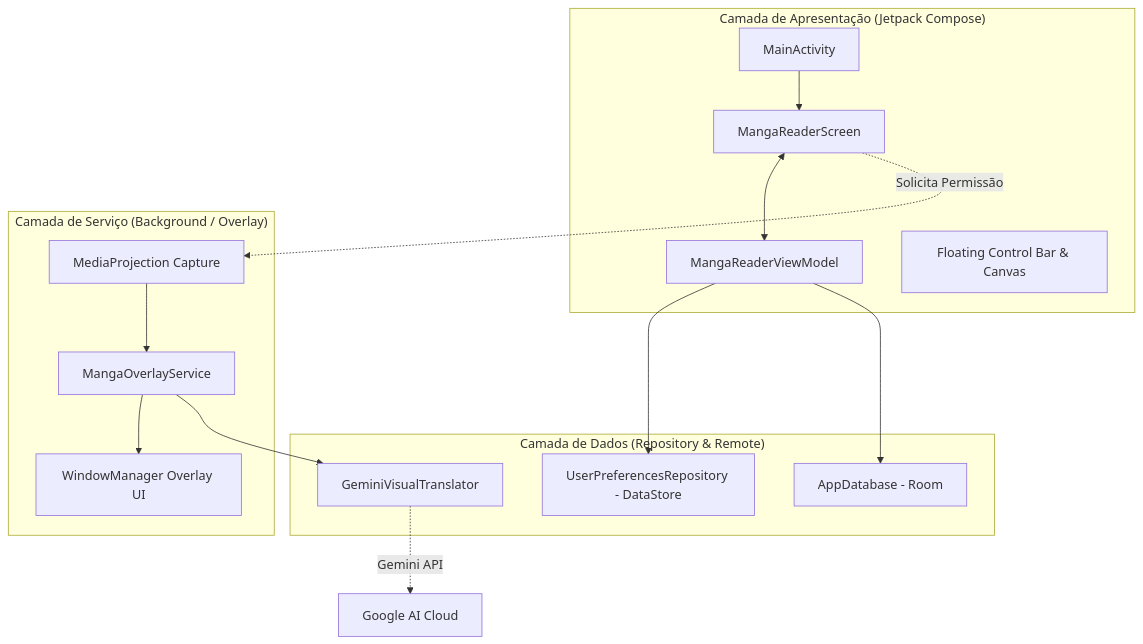
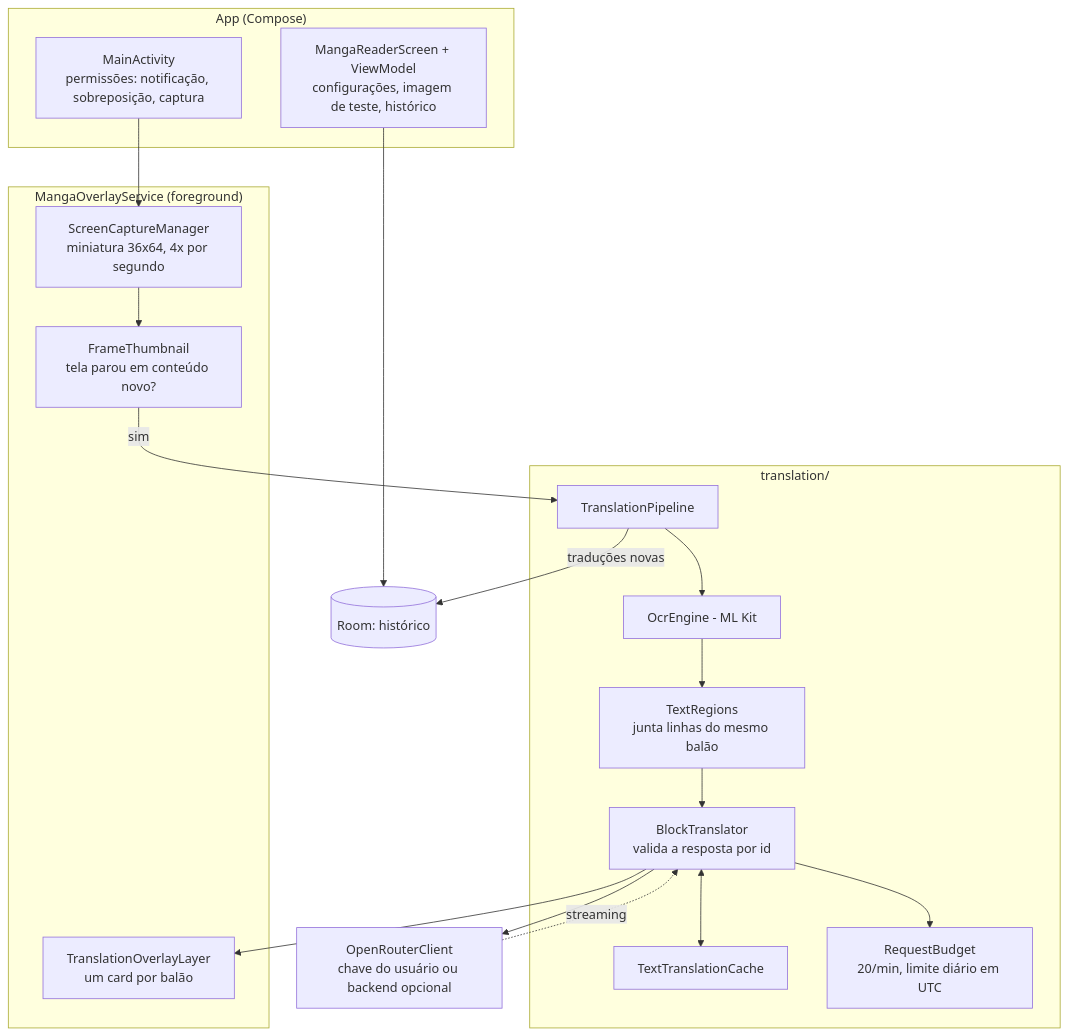
Before and after one commit to Eduardo2049/MangaLens: the diagram in architecture.md, drawn with Mermaid. The commit also changed other lines of this file and 15 other files, not shown here.

First line of the commit message:
Segunda rodada: bolha na tela, imagens grandes, timeout do streaming e docs

````diff
--- a/architecture.md
+++ b/architecture.md
@@ -23,31 +9,37 @@
 ```mermaid
 flowchart TD
-    subgraph UI ["Camada de Apresentação (Jetpack Compose)"]
-        MA[MainActivity]
-        MRS[MangaReaderScreen]
-        MRVM[MangaReaderViewModel]
-        COMP[Floating Control Bar & Canvas]
+    subgraph App ["App (Compose)"]
+        MA[MainActivity<br/>permissões: notificação, sobreposição, captura]
+        MRS[MangaReaderScreen + ViewModel<br/>configurações, imagem de teste, histórico]
     end
 
-    subgraph Service ["Camada de Serviço (Background / Overlay)"]
-        MOS[MangaOverlayService]
-        WM[WindowManager Overlay UI]
-        MP[MediaProjection Capture]
+    subgraph Servico ["MangaOverlayService (foreground)"]
+        SCM[ScreenCaptureManager<br/>miniatura 36x64, 4x por segundo]
+        FT[FrameThumbnail<br/>tela parou em conteúdo novo?]
+        TOL[TranslationOverlayLayer<br/>um card por balão]
     end
 
-    subgraph Data ["Camada de Dados (Repository & Remote)"]
-        GVT[GeminiVisualTranslator]
-        UPR[UserPreferencesRepository - DataStore]
-        ADB[AppDatabase - Room]
+    subgraph Traducao ["translation/"]
+        TP[TranslationPipeline]
+        OCR[OcrEngine - ML Kit]
+        TR[TextRegions<br/>junta linhas do mesmo balão]
+        BT[BlockTranslator<br/>valida a resposta por id]
+        TC[TextTranslationCache]
+        RB[RequestBudget<br/>20/min, limite diário em UTC]
     end
 
-    MA --> MRS
-    MRS <--> MRVM
-    MRVM --> UPR
-    MRVM --> ADB
-    MRS -. Solicita Permissão .-> MP
-    MP --> MOS
-    MOS --> WM
-    MOS --> GVT
-    GVT -. Gemini API .-> Remote[Google AI Cloud]
+    ORC[OpenRouterClient<br/>chave do usuário ou backend opcional]
+    DB[(Room: histórico)]
+
+    MA --> SCM
+    SCM --> FT
+    FT -- "sim" --> TP
+    TP --> OCR --> TR --> BT
+    BT <--> TC
+    BT --> RB
+    BT --> ORC
+    ORC -. streaming .-> BT
+    BT --> TOL
+    TP -- "traduções novas" --> DB
+    MRS --> DB
 ```
````
